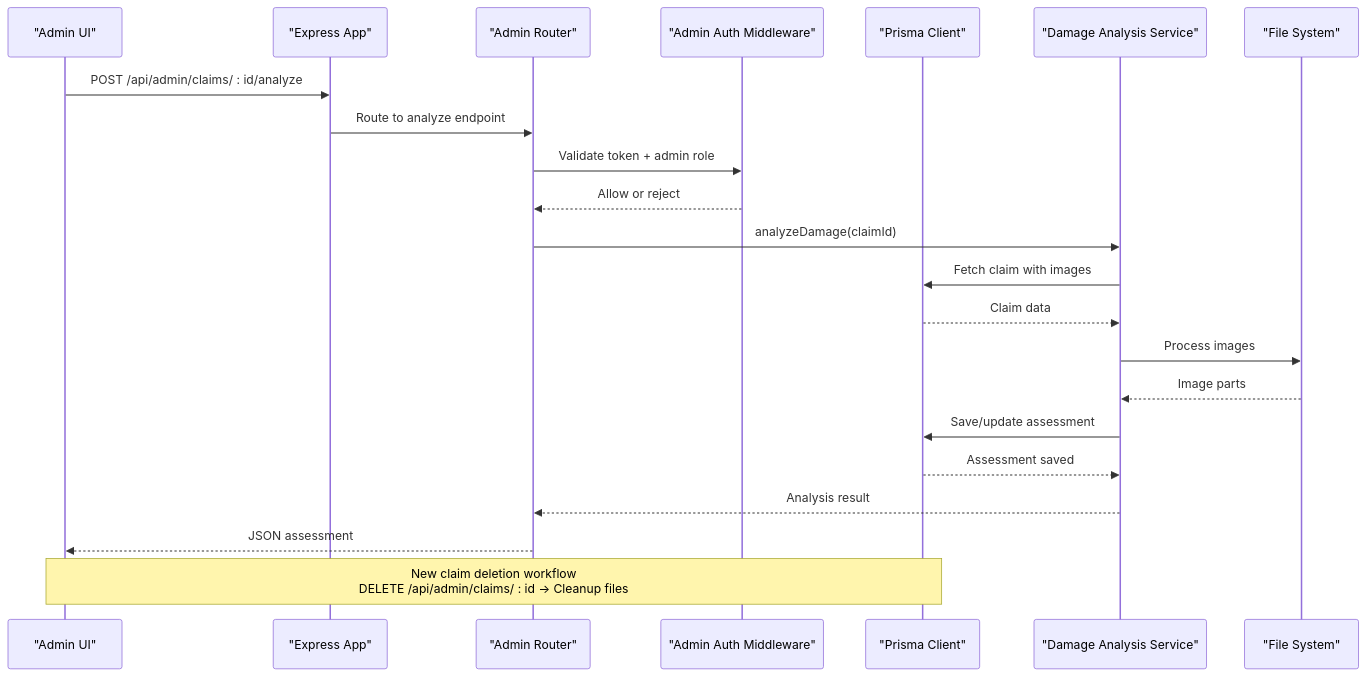
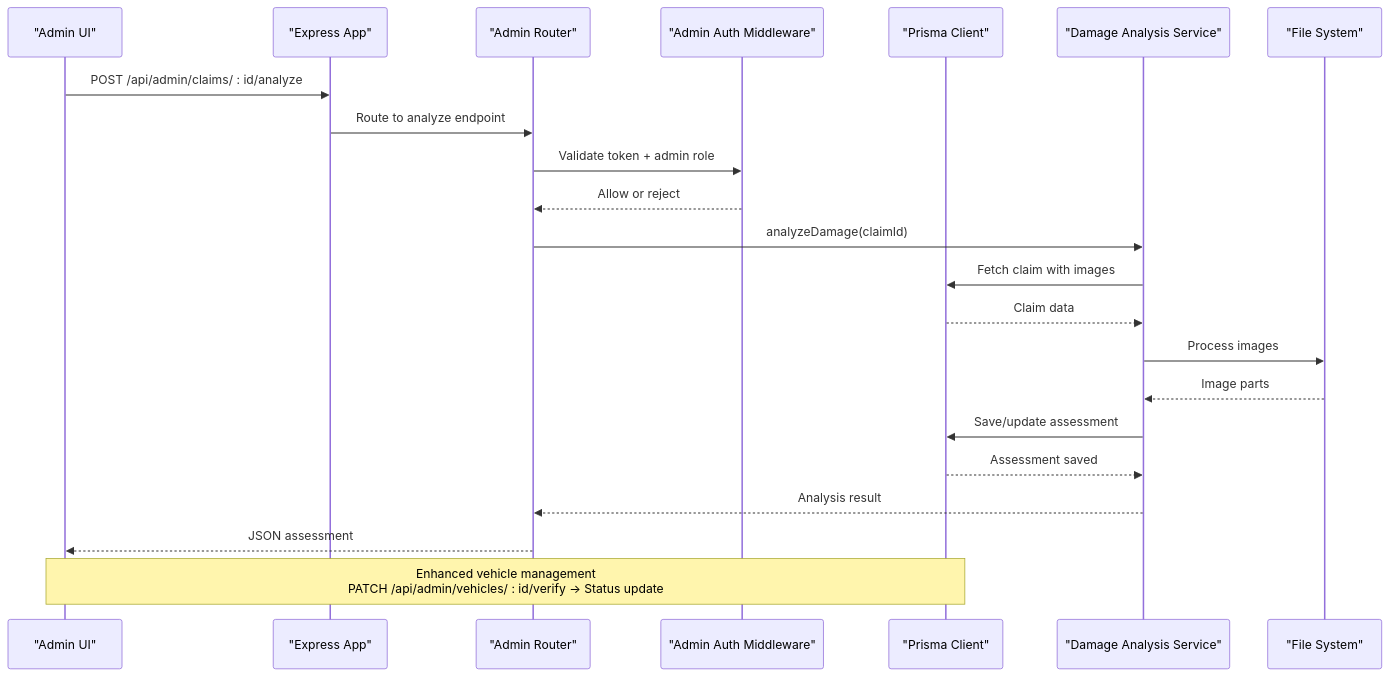
One commit to NaveenHiranya/Smart-Vehicle-Insurance-Claim-System changed the second of 12 diagrams in .qoder/repowiki/en/content/Backend Documentation/API Endpoints Reference/Administrative Endpoints.md. Above: the diagram before and after it, drawn with Mermaid. The commit also changed other lines of this file and 21 other files, not shown here.

````diff
--- a/.qoder/repowiki/en/content/Backend Documentation/API Endpoints Reference/Administrative Endpoints.md
+++ b/.qoder/repowiki/en/content/Backend Documentation/API Endpoints Reference/Administrative Endpoints.md
@@ -124,24 +125,24 @@
 ```mermaid
 sequenceDiagram
 participant FE as "Admin UI"
 participant API as "Express App"
 participant AR as "Admin Router"
 participant MA as "Admin Auth Middleware"
 participant DB as "Prisma Client"
 participant DS as "Damage Analysis Service"
 participant FS as "File System"
 FE->>API : POST /api/admin/claims/ : id/analyze
 API->>AR : Route to analyze endpoint
 AR->>MA : Validate token + admin role
 MA-->>AR : Allow or reject
 AR->>DS : analyzeDamage(claimId)
 DS->>DB : Fetch claim with images
 DB-->>DS : Claim data
 DS->>FS : Process images
 FS-->>DS : Image parts
 DS->>DB : Save/update assessment
 DB-->>DS : Assessment saved
 DS-->>AR : Analysis result
 AR-->>FE : JSON assessment
-Note over FE,DB : New claim deletion workflow<br/>DELETE /api/admin/claims/ : id -> Cleanup files
+Note over FE,DB : Enhanced vehicle management<br/>PATCH /api/admin/vehicles/ : id/verify -> Status update
 ```
````
